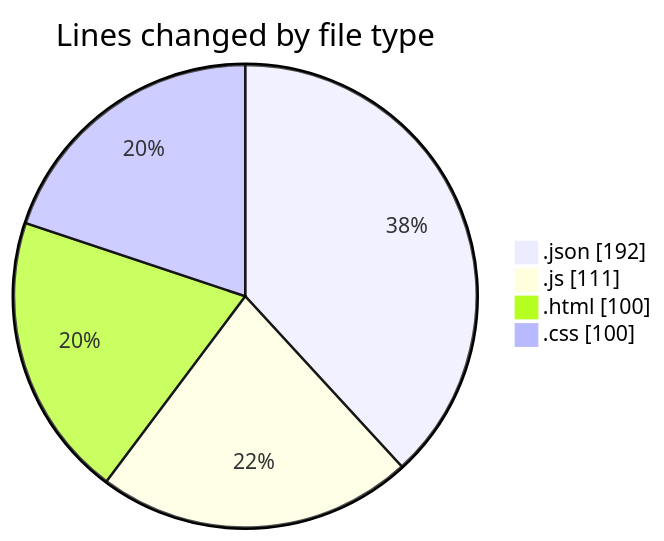
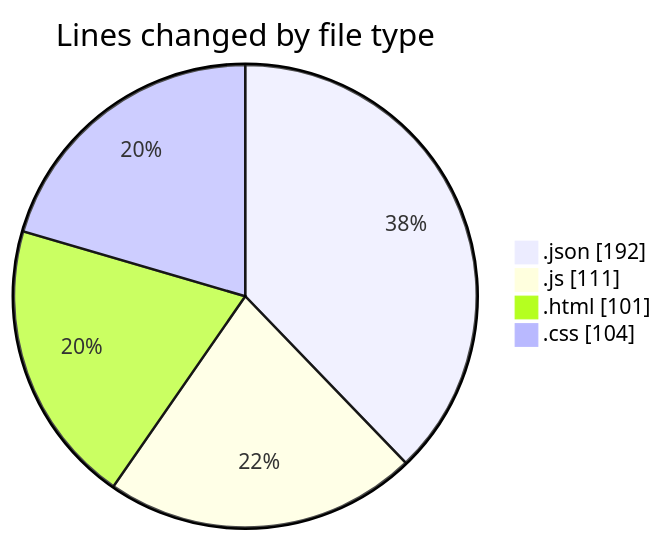
The first of 2 diagrams in 2025-07-05/hidden_search_widget/README.md (Ritupan-Deka/code-tracking), drawn with Mermaid before and after one commit. The commit also changed other lines of this file and 1 other file, not shown here.

````diff
--- a/2025-07-05/hidden_search_widget/README.md
+++ b/2025-07-05/hidden_search_widget/README.md
@@ -23,8 +23,8 @@
 ```mermaid
 pie showData
 title Lines changed by file type
 ".json" : 192
 ".js" : 111
-".html" : 100
-".css" : 100
+".html" : 101
+".css" : 104
 ```
````
